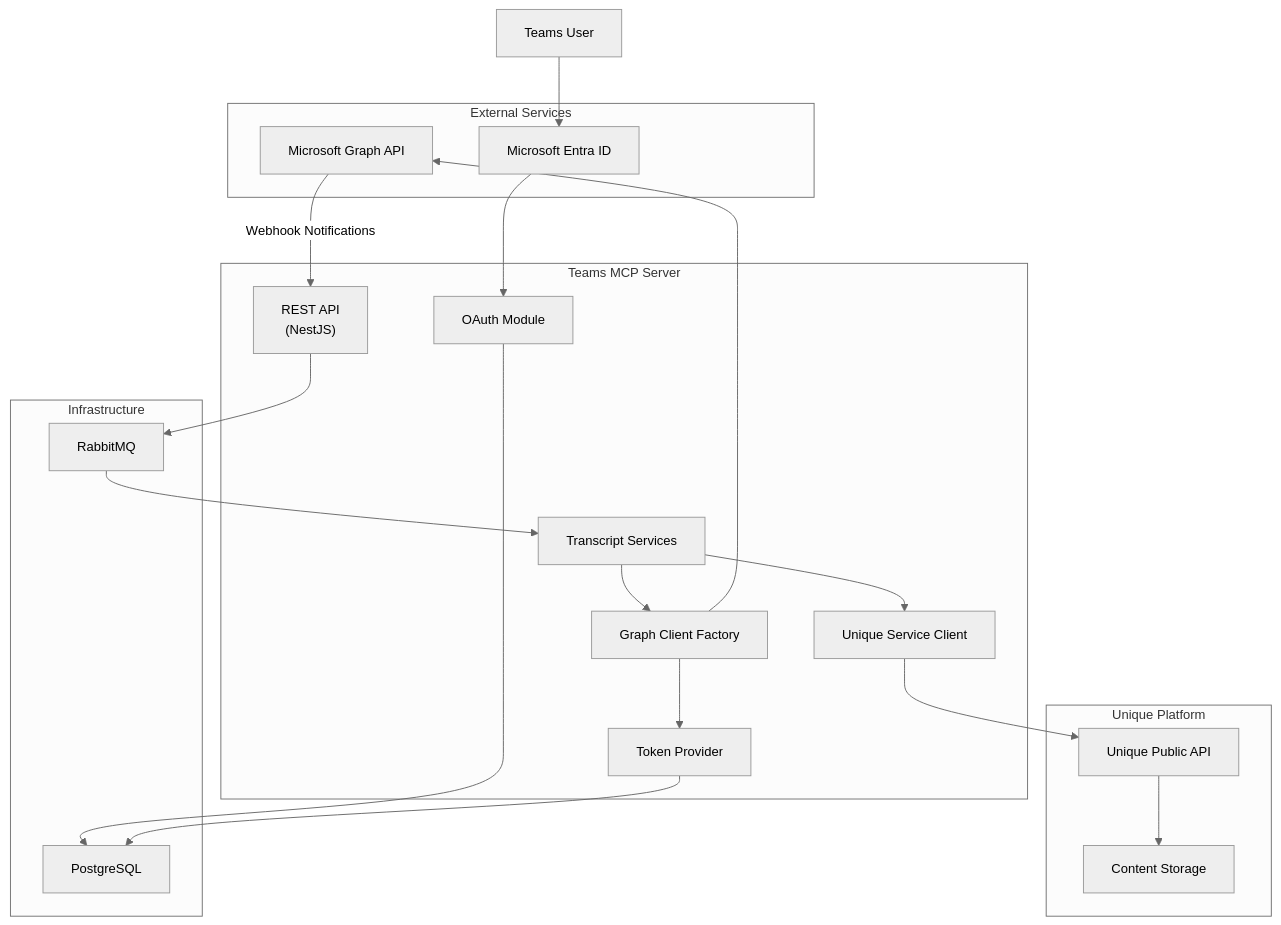
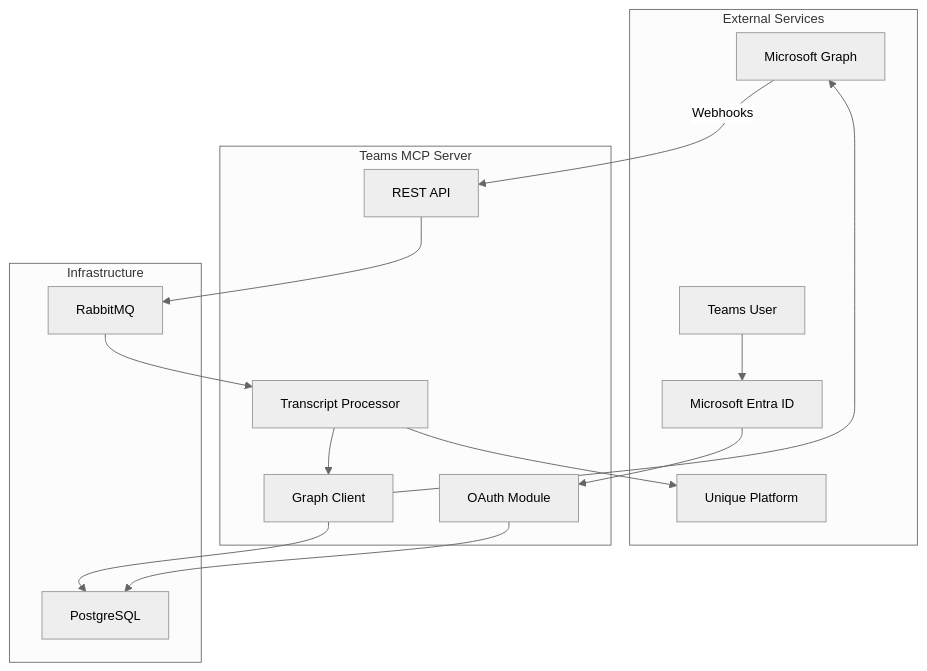
Before and after one commit to Unique-AG/connectors: the first of 4 diagrams in services/teams-mcp/docs/technical/architecture.md, drawn with Mermaid. The commit also changed other lines of this file, not shown here.

Commit message:
better TB diagrams

````diff
--- a/services/teams-mcp/docs/technical/architecture.md
+++ b/services/teams-mcp/docs/technical/architecture.md
@@ -18,44 +16,36 @@
 ```mermaid
 %%{init: {'theme': 'neutral', 'themeVariables': { 'fontSize': '14px' }}}%%
 flowchart TB
     subgraph External["External Services"]
-        MSGraph["Microsoft Graph API"]
+        User["Teams User"]
         EntraID["Microsoft Entra ID"]
+        MSGraph["Microsoft Graph"]
+        Unique["Unique Platform"]
     end
 
     subgraph TeamsMCP["Teams MCP Server"]
-        API["REST API<br/>(NestJS)"]
         OAuth["OAuth Module"]
-        TranscriptSvc["Transcript Services"]
-        GraphClient["Graph Client Factory"]
-        TokenProvider["Token Provider"]
-        UniqueClient["Unique Service Client"]
+        API["REST API"]
+        Processor["Transcript Processor"]
+        GraphClient["Graph Client"]
     end
 
     subgraph Infrastructure["Infrastructure"]
-        RabbitMQ["RabbitMQ"]
-        PostgreSQL["PostgreSQL"]
+        Queue["RabbitMQ"]
+        DB["PostgreSQL"]
     end
 
-    subgraph Unique["Unique Platform"]
-        UniqueAPI["Unique Public API"]
-        Storage["Content Storage"]
-    end
-
-    User["Teams User"] --> EntraID
+    User --> EntraID
     EntraID --> OAuth
-    OAuth --> PostgreSQL
-
-    MSGraph -->|"Webhook Notifications"| API
-    API --> RabbitMQ
-    RabbitMQ --> TranscriptSvc
-
-    TranscriptSvc --> GraphClient
-    GraphClient --> TokenProvider
-    TokenProvider --> PostgreSQL
+    OAuth --> DB
+    
+    MSGraph -->|"Webhooks"| API
+    API --> Queue
+    Queue --> Processor
+    
+    Processor --> GraphClient
+    GraphClient --> DB
     GraphClient --> MSGraph
-
-    TranscriptSvc --> UniqueClient
-    UniqueClient --> UniqueAPI
-    UniqueAPI --> Storage
+    
+    Processor --> Unique
 ```
````
